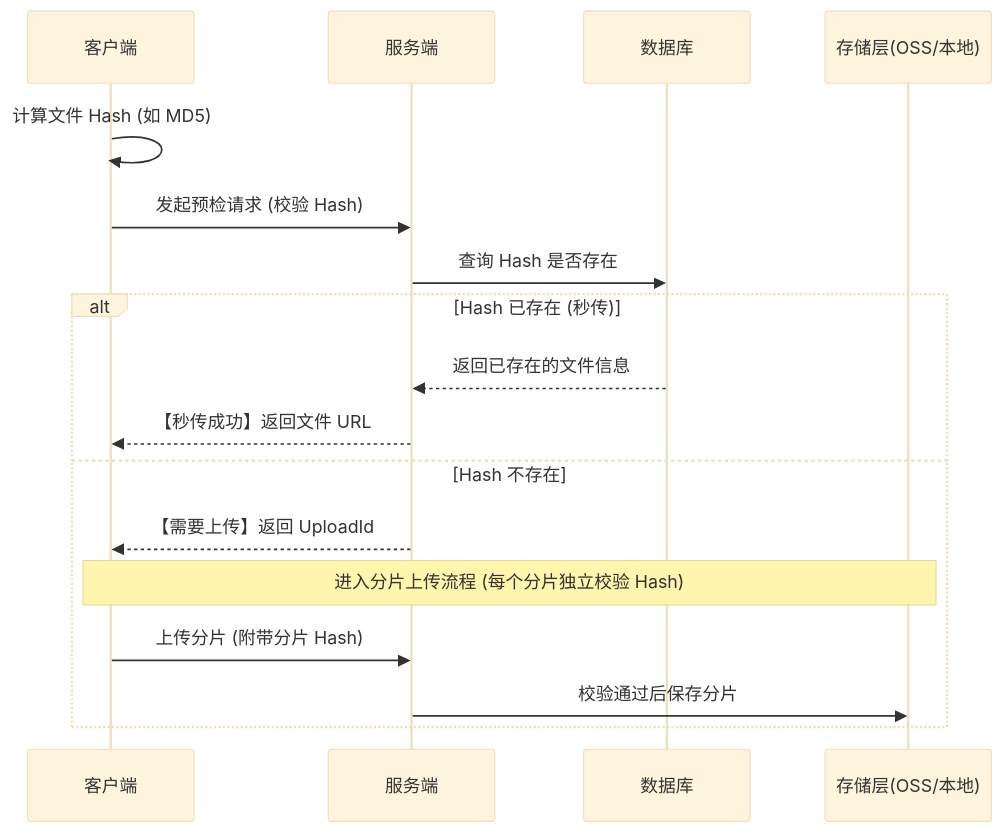
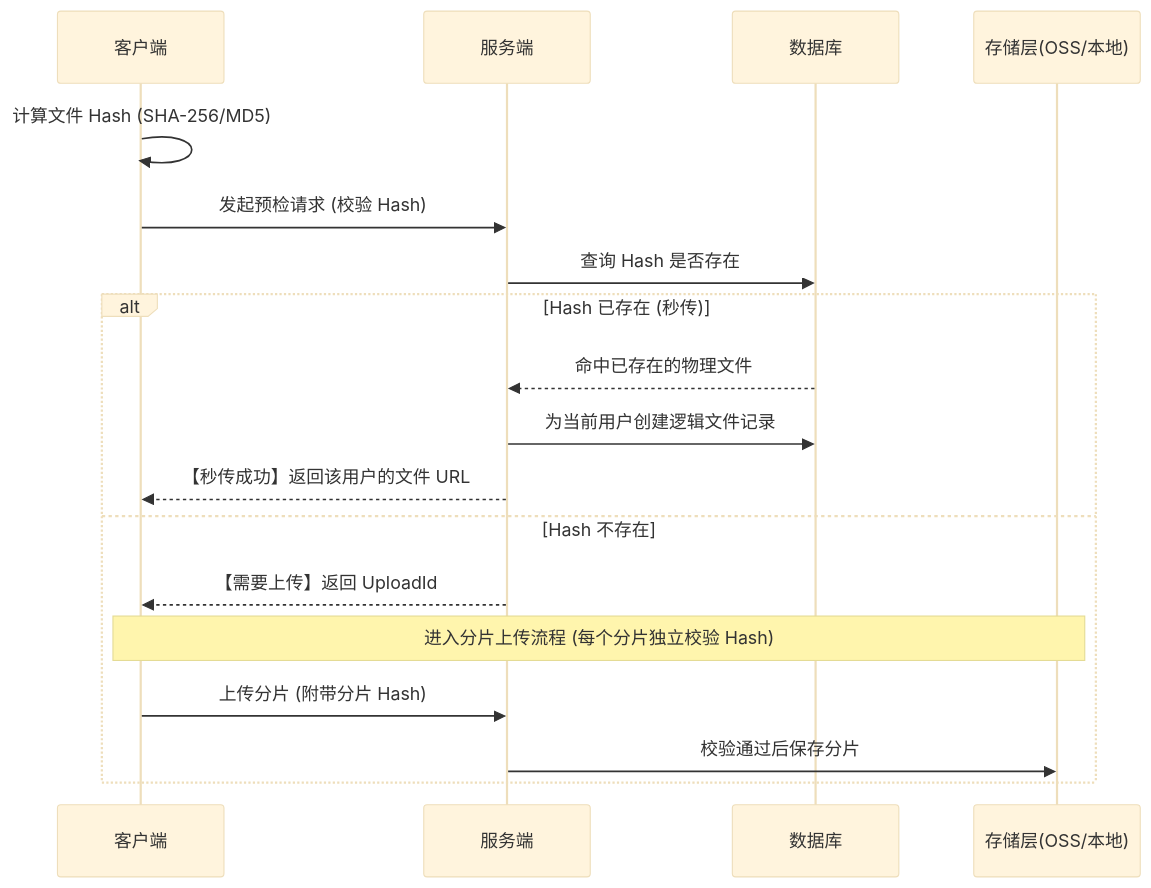
One commit to weihongyu12/web changed the first of 4 diagrams in docs/features/file-upload/README.md. Above: the diagram before and after it, drawn with Mermaid (base theme). The commit also changed other lines of this file and 13 other files, not shown here.

````diff
--- a/docs/features/file-upload/README.md
+++ b/docs/features/file-upload/README.md
@@ -22,21 +22,22 @@
 ```mermaid
 sequenceDiagram
     participant C as 客户端
     participant S as 服务端
     participant DB as 数据库
     participant FS as 存储层(OSS/本地)
 
-    C->>C: 计算文件 Hash (如 MD5)
+    C->>C: 计算文件 Hash (SHA-256/MD5)
     C->>S: 发起预检请求 (校验 Hash)
     S->>DB: 查询 Hash 是否存在
     
     alt Hash 已存在 (秒传)
-        DB-->>S: 返回已存在的文件信息
-        S-->>C: 【秒传成功】返回文件 URL
+        DB-->>S: 命中已存在的物理文件
+        S->>DB: 为当前用户创建逻辑文件记录
+        S-->>C: 【秒传成功】返回该用户的文件 URL
     else Hash 不存在
         S-->>C: 【需要上传】返回 UploadId
         Note over C,FS: 进入分片上传流程 (每个分片独立校验 Hash)
         C->>S: 上传分片 (附带分片 Hash)
         S->>FS: 校验通过后保存分片
     end
 ```
````
